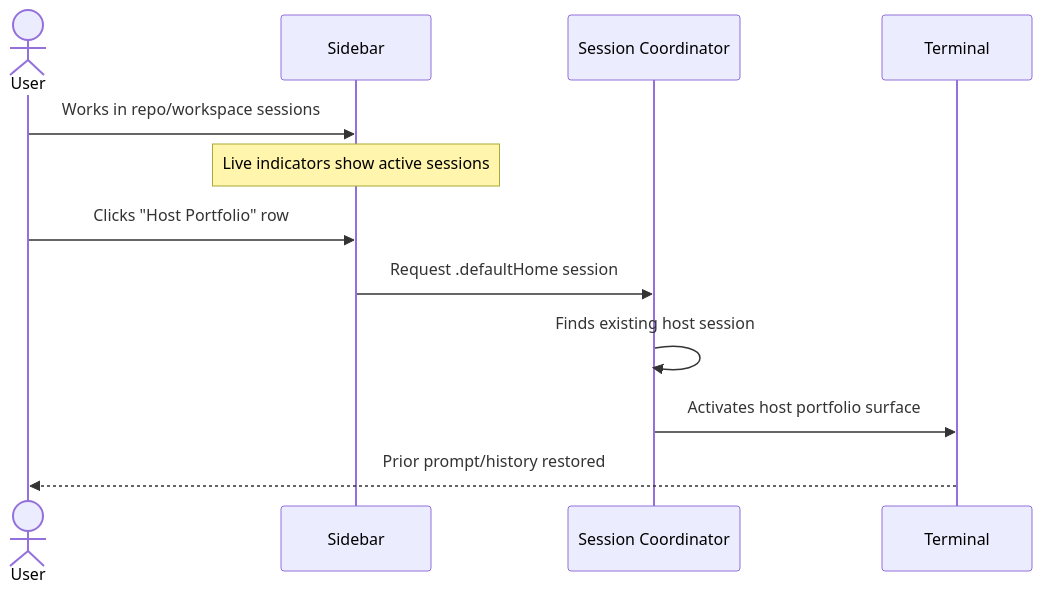
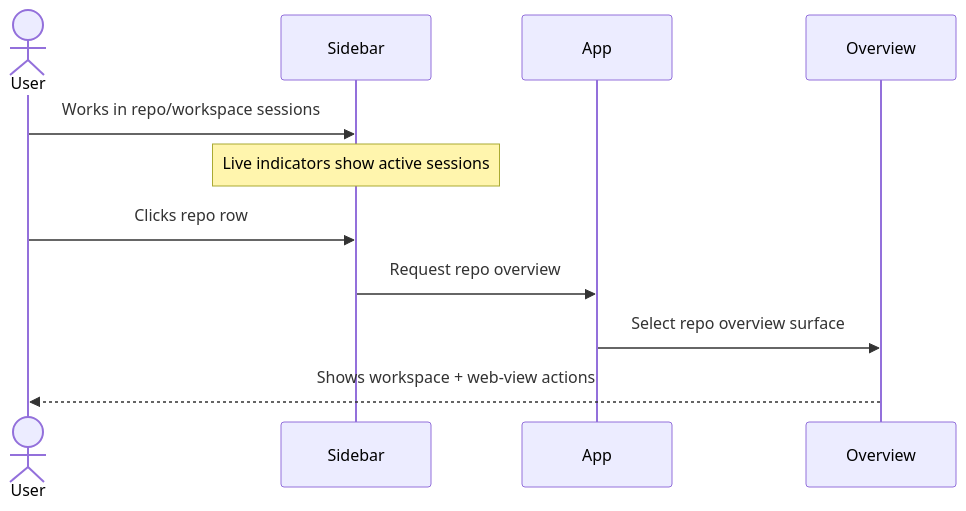
The sixth of 7 diagrams in docs/user-stories.md (fairchild/workspaces), drawn with Mermaid before and after one commit. The commit also changed other lines of this file and 8 other files, not shown here.

Commit message:
docs: align roadmap and product docs

````diff
--- a/docs/user-stories.md
+++ b/docs/user-stories.md
@@ -324,15 +325,14 @@
 ```mermaid
 sequenceDiagram
     actor User
     participant Sidebar
-    participant SessionCoord as Session Coordinator
-    participant Terminal
+    participant App
+    participant Overview
 
     User->>Sidebar: Works in repo/workspace sessions
     Note over Sidebar: Live indicators show active sessions
-    User->>Sidebar: Clicks "Host Portfolio" row
-    Sidebar->>SessionCoord: Request .defaultHome session
-    SessionCoord->>SessionCoord: Finds existing host session
-    SessionCoord->>Terminal: Activates host portfolio surface
-    Terminal-->>User: Prior prompt/history restored
+    User->>Sidebar: Clicks repo row
+    Sidebar->>App: Request repo overview
+    App->>Overview: Select repo overview surface
+    Overview-->>User: Shows workspace + web-view actions
 ```
````
